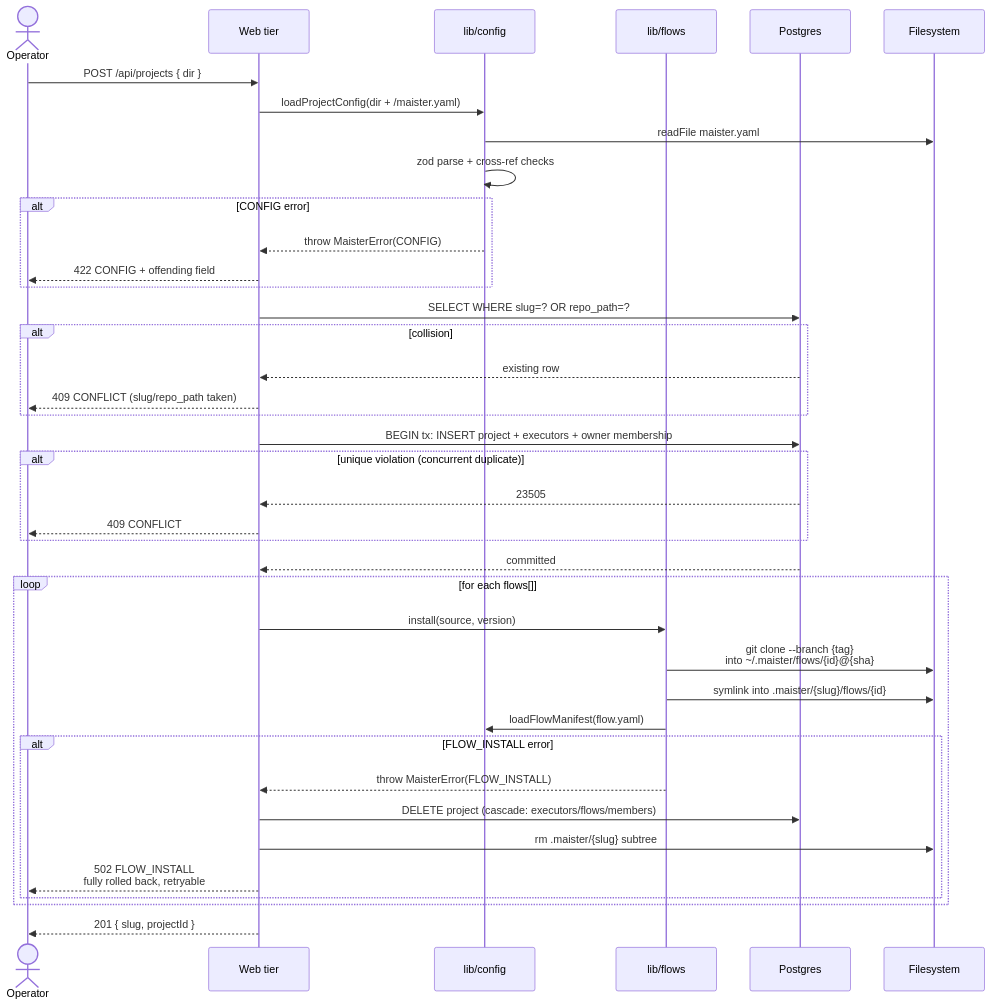
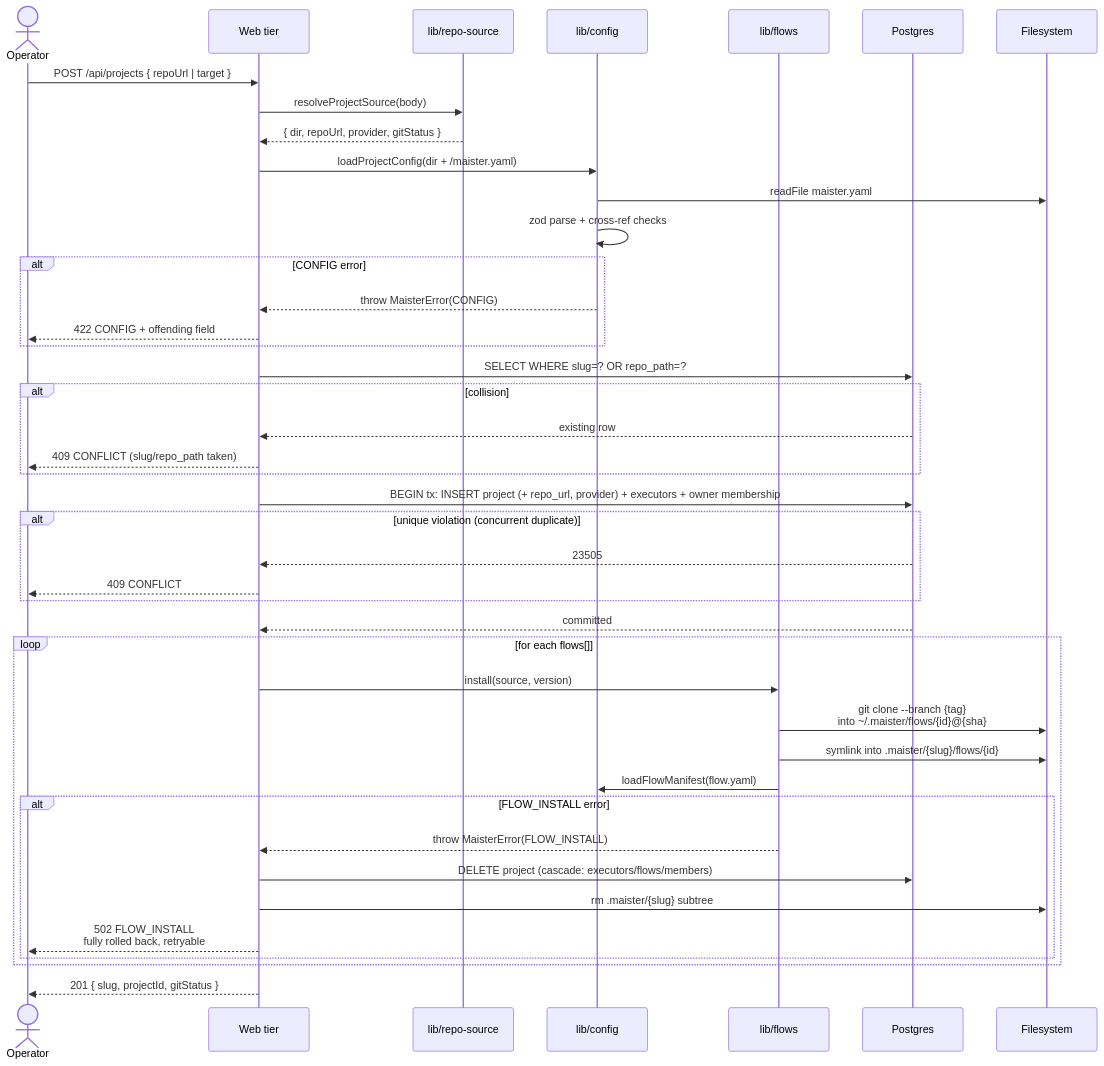
The third of 4 diagrams in docs/system-analytics/projects.md (maister-dev/maister), drawn with Mermaid before and after one commit. The commit also changed other lines of this file and 37 other files, not shown here.

````diff
--- a/docs/system-analytics/projects.md
+++ b/docs/system-analytics/projects.md
@@ -53,42 +118,45 @@
 ```mermaid
 sequenceDiagram
     actor U as Operator
     participant W as Web tier
+    participant RS as lib/repo-source
     participant CFG as lib/config
     participant FL as lib/flows
     participant DB as Postgres
     participant FS as Filesystem
 
-    U->>W: POST /api/projects { dir }
+    U->>W: POST /api/projects { repoUrl | target }
+    W->>RS: resolveProjectSource(body)
+    RS-->>W: { dir, repoUrl, provider, gitStatus }
     W->>CFG: loadProjectConfig(dir + /maister.yaml)
     CFG->>FS: readFile maister.yaml
     CFG->>CFG: zod parse + cross-ref checks
     alt CONFIG error
         CFG-->>W: throw MaisterError(CONFIG)
         W-->>U: 422 CONFIG + offending field
     end
     W->>DB: SELECT WHERE slug=? OR repo_path=?
     alt collision
         DB-->>W: existing row
         W-->>U: 409 CONFLICT (slug/repo_path taken)
     end
-    W->>DB: BEGIN tx: INSERT project + executors + owner membership
+    W->>DB: BEGIN tx: INSERT project (+ repo_url, provider) + executors + owner membership
     alt unique violation (concurrent duplicate)
         DB-->>W: 23505
         W-->>U: 409 CONFLICT
     end
     DB-->>W: committed
     loop for each flows[]
         W->>FL: install(source, version)
         FL->>FS: git clone --branch {tag}<br/>into ~/.maister/flows/{id}@{sha}
         FL->>FS: symlink into .maister/{slug}/flows/{id}
         FL->>CFG: loadFlowManifest(flow.yaml)
         alt FLOW_INSTALL error
             FL-->>W: throw MaisterError(FLOW_INSTALL)
             W->>DB: DELETE project (cascade: executors/flows/members)
             W->>FS: rm .maister/{slug} subtree
             W-->>U: 502 FLOW_INSTALL<br/>fully rolled back, retryable
         end
     end
-    W-->>U: 201 { slug, projectId }
+    W-->>U: 201 { slug, projectId, gitStatus }
 ```
````
